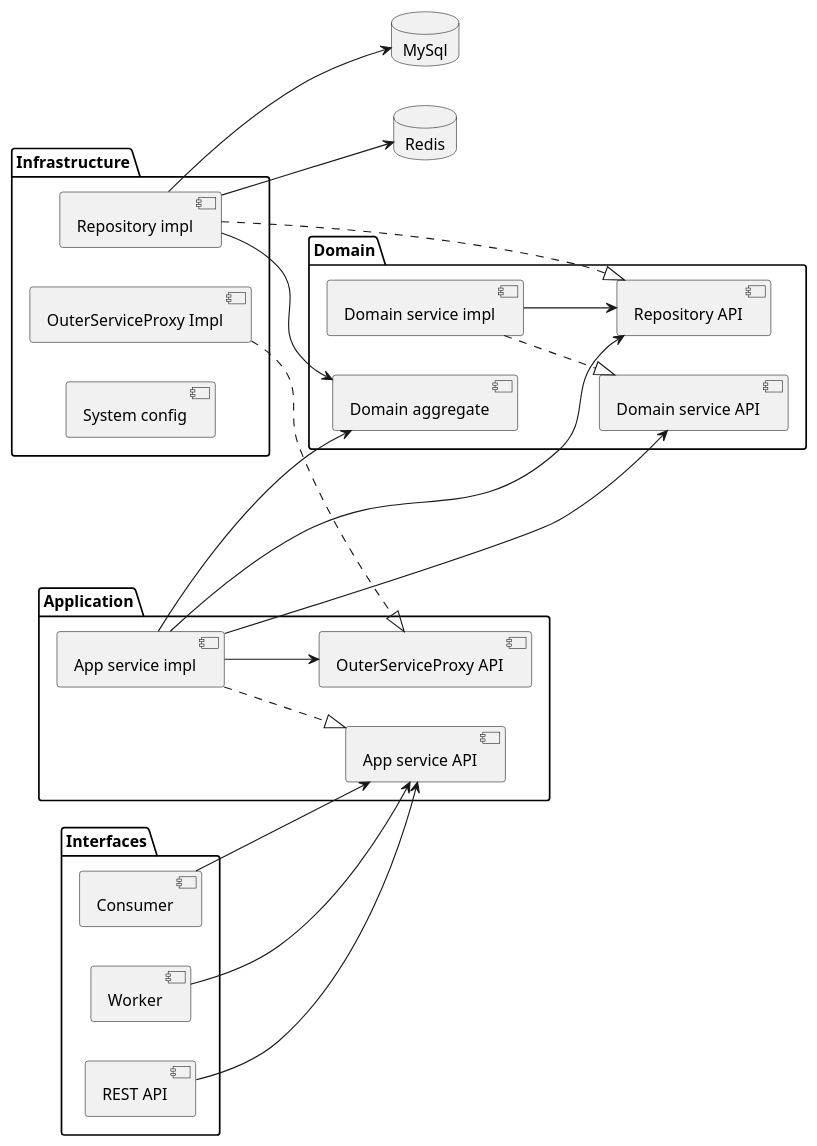
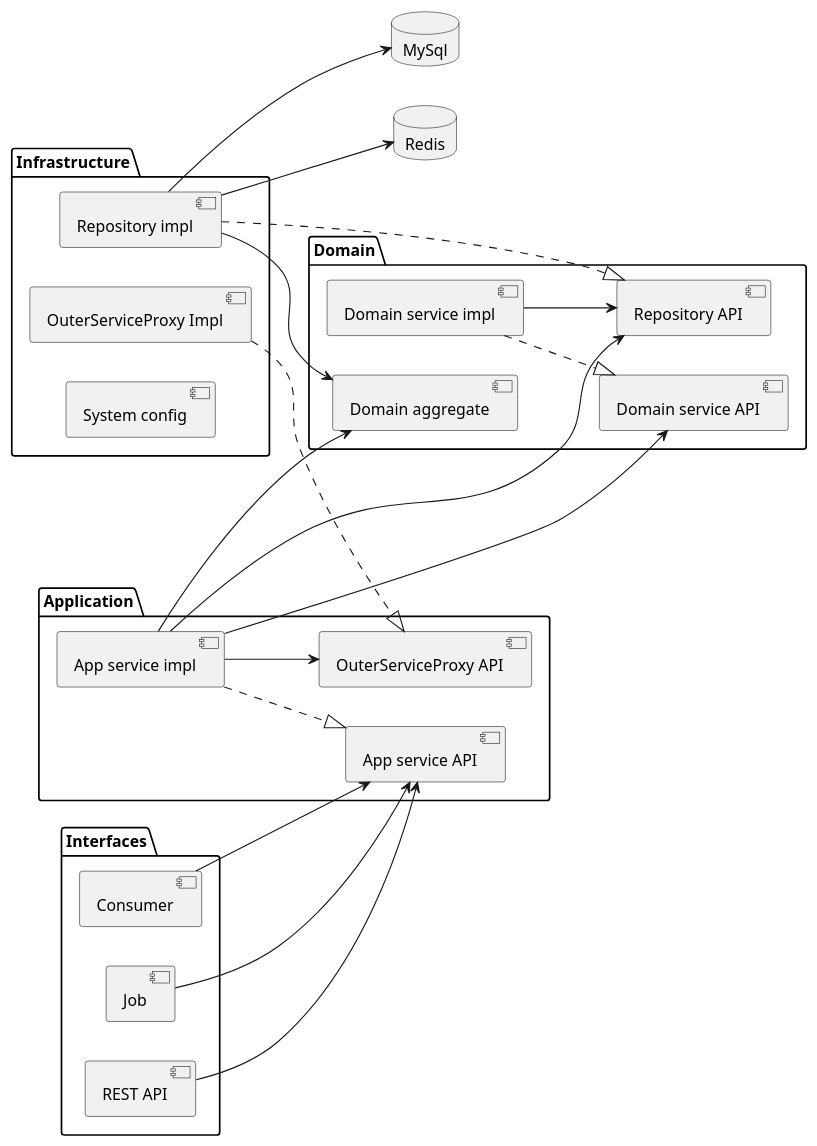
Before and after one commit to Jeromefromcn/JavaFinalProject8020: the diagram in uml/0. architecture.puml, drawn with PlantUML. The commit also changed 16 other files, not shown here.

```diff
--- a/uml/0. architecture.puml
+++ b/uml/0. architecture.puml
@@ -1,58 +1,58 @@
 @startuml
 'https://plantuml.com/component-diagram
 left to right direction
 
 package Interfaces {
     [REST API] as rest
     [Consumer] as con
-    [Worker] as wo
+    [Job] as job
 }
 
 package Application {
     [App service API] as asa
     [App service impl] as asi
     [OuterServiceProxy API] as ospa
 }
 
 package Domain {
     [Domain service API] as dsa
     [Domain service impl] as dsi
     [Domain aggregate] as da
     [Repository API] as rea
 }
 
 package Infrastructure {
     [Repository impl] as rei
     [OuterServiceProxy Impl] as ospi
     [System config]
 }
 
 
 database "MySql" as mysql{
 }
 
 database "Redis" as redis{
 
 }
 
 
 rest --> asa
 con --> asa
-wo --> asa
+job --> asa
 asi --> da
 asi --> dsa
 asi --> rea
 asi --> ospa
 
 asi ..|> asa
 dsi ..|> dsa
 rei ..|> rea
 ospi ..|> ospa
 rei --> mysql
 rei --> redis
 
 rei --> da
 
 dsi --> rea
 
 @enduml
```
